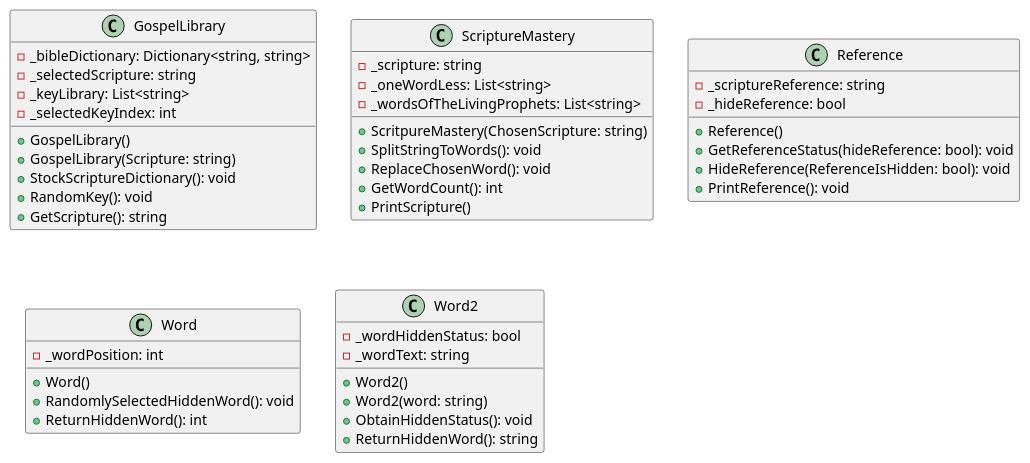
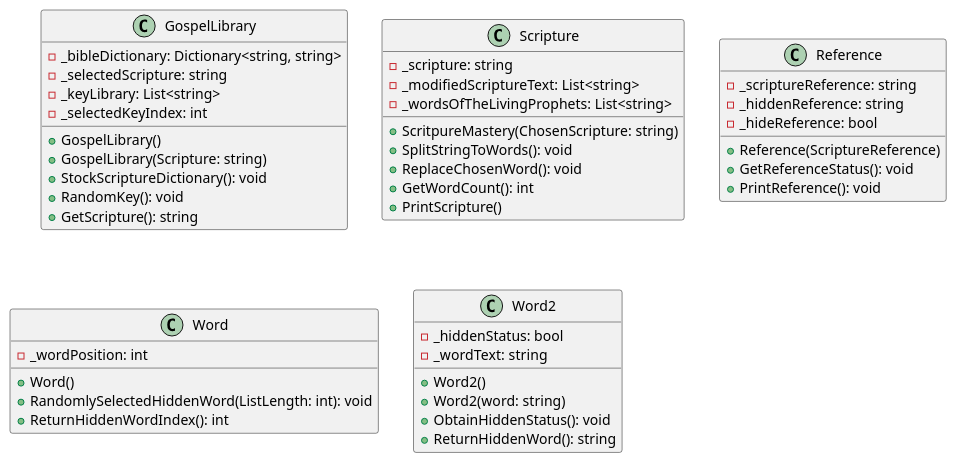
Before and after one commit to Dannrey/CSE210-template: the diagram in prove/Develop03/Class Diagram.plantuml, drawn with PlantUML.

Commit message:
Final version of the class diagram

```diff
--- a/prove/Develop03/Class Diagram.plantuml
+++ b/prove/Develop03/Class Diagram.plantuml
@@ -1,77 +1,78 @@
 @startuml None
 'GospelLibrary class
 'Attributes:
 GospelLibrary : -_bibleDictionary: Dictionary<string, string>
 GospelLibrary : -_selectedScripture: string
 GospelLibrary : -_keyLibrary: List<string>
 GospelLibrary : -_selectedKeyIndex: int
 
 'Constructors:
 GospelLibrary : +GospelLibrary()
 GospelLibrary : +GospelLibrary(Scripture: string)
 
 'Methods
 GospelLibrary : +StockScriptureDictionary(): void
 GospelLibrary : +RandomKey(): void
 GospelLibrary : +GetScripture(): string
 
 
 
-'ScriptureMastery class
+'Scripture class
 'Attributes:
-ScriptureMastery : -_scripture: string
-ScriptureMastery : -_oneWordLess: List<string>
-ScriptureMastery : -_wordsOfTheLivingProphets: List<string>
+Scripture : -_scripture: string
+Scripture : -_modifiedScriptureText: List<string>
+Scripture : -_wordsOfTheLivingProphets: List<string>
 
 'Constructors:
-ScriptureMastery : +ScritpureMastery(ChosenScripture: string)
+Scripture : +ScritpureMastery(ChosenScripture: string)
 
 'Methods:
-ScriptureMastery : +SplitStringToWords(): void
-ScriptureMastery : +ReplaceChosenWord(): void
-ScriptureMastery : +GetWordCount(): int
-ScriptureMastery : +PrintScripture()
+Scripture : +SplitStringToWords(): void
+Scripture : +ReplaceChosenWord(): void
+Scripture : +GetWordCount(): int
+Scripture : +PrintScripture()
 
 
 'Reference class
 'Attributes:
 Reference : -_scriptureReference: string
+Reference : -_hiddenReference: string
 Reference : -_hideReference: bool
 
 'Constructors:
-Reference : +Reference()
+Reference : +Reference(ScriptureReference)
 
 'Methods:
-Reference : +GetReferenceStatus(hideReference: bool): void
-Reference : +HideReference(ReferenceIsHidden: bool): void
+Reference : +GetReferenceStatus(): void
+' Reference : +HideReference(ReferenceIsHidden: bool): void
 Reference : +PrintReference(): void
 
 
 
 'Word class
 'Attributes:
 Word : -_wordPosition: int
 
 'constructors:
 Word : +Word()
 
 'Methods:
-Word : +RandomlySelectedHiddenWord(): void
-Word : +ReturnHiddenWord(): int
+Word : +RandomlySelectedHiddenWord(ListLength: int): void
+Word : +ReturnHiddenWordIndex(): int
 ' Word : +SetWordStatus(): void
 
 
 
 'Word2 class
 'Attributes
-Word2 : -_wordHiddenStatus: bool
+Word2 : -_hiddenStatus: bool
 Word2 : -_wordText: string
 
 'Constructors:
 Word2 : +Word2()
 Word2 : +Word2(word: string)
 
 'Methods:
 Word2 : +ObtainHiddenStatus(): void
 Word2 : +ReturnHiddenWord(): string
 @enduml
```
